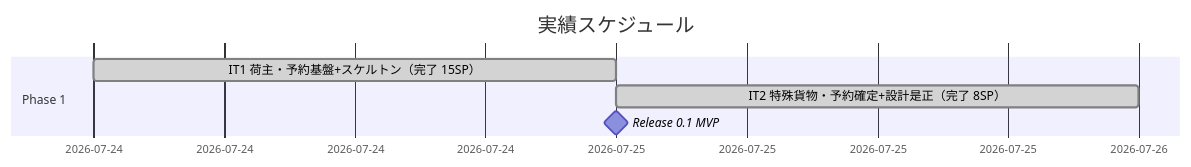
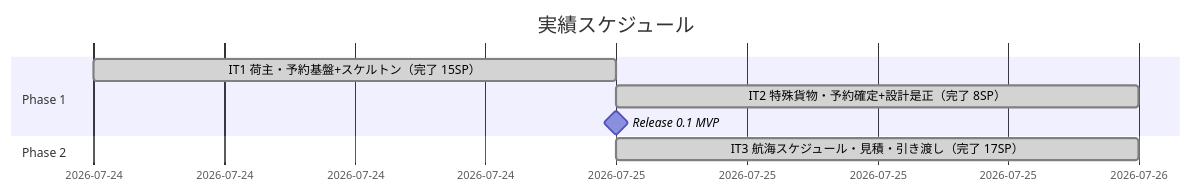
The second of 3 diagrams in docs/development/release_plan.md (k2works/case-study-cargo-tracker), drawn with Mermaid before and after one commit. The commit also changed other lines of this file and 1 other file, not shown here.

````diff
--- a/docs/development/release_plan.md
+++ b/docs/development/release_plan.md
@@ -167,11 +167,12 @@
 ```mermaid
 gantt
     title 実績スケジュール
     dateFormat  YYYY-MM-DD
     section Phase 1
     IT1 荷主・予約基盤+スケルトン（完了 15SP） :done, a1, 2026-07-24, 1d
     IT2 特殊貨物・予約確定+設計是正（完了 8SP） :done, a2, 2026-07-25, 1d
     Release 0.1 MVP                              :milestone, m1, 2026-07-25, 0d
     section Phase 2
+    IT3 航海スケジュール・見積・引き渡し（完了 17SP） :done, a3, 2026-07-25, 1d
     section Phase 3
 ```
````
